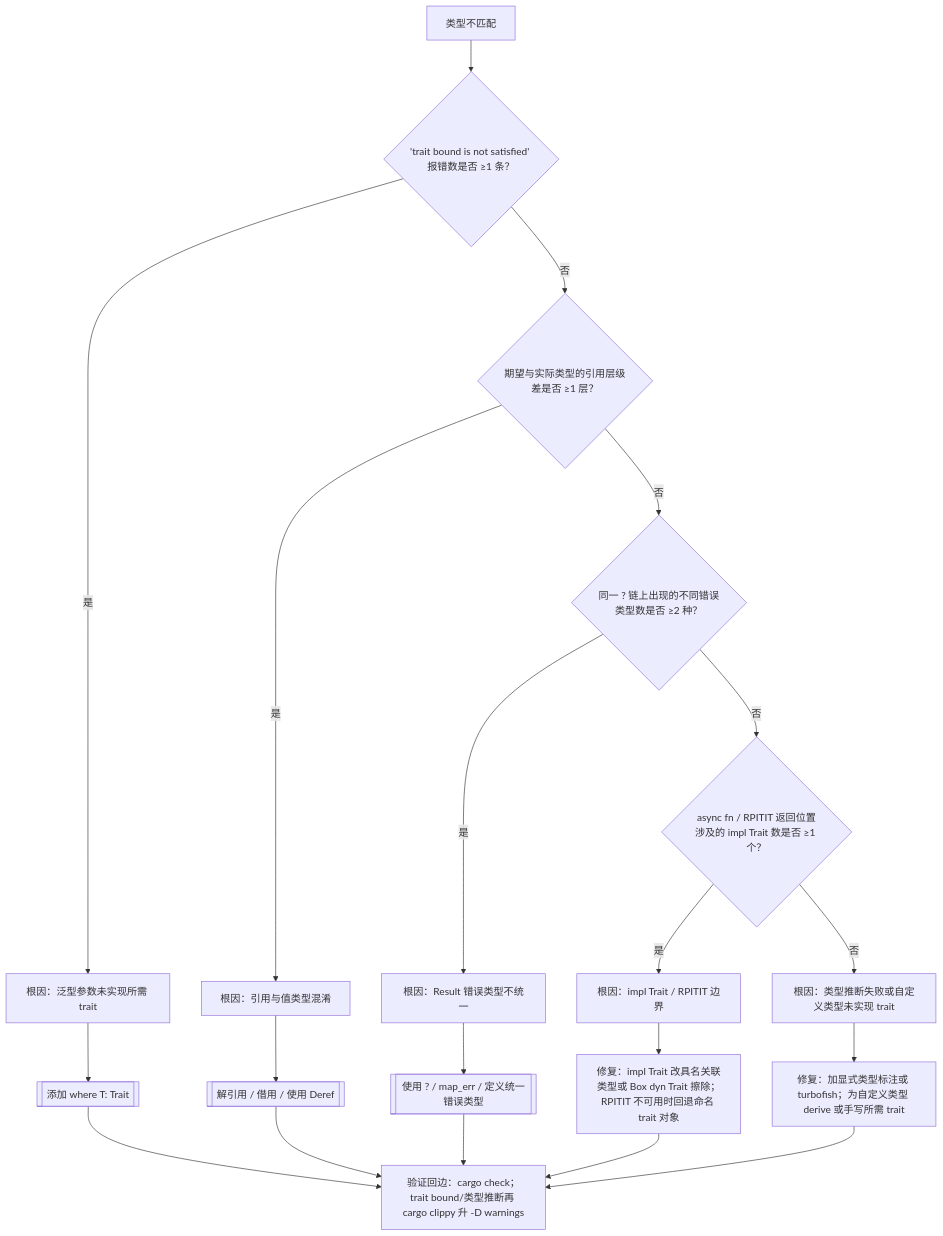
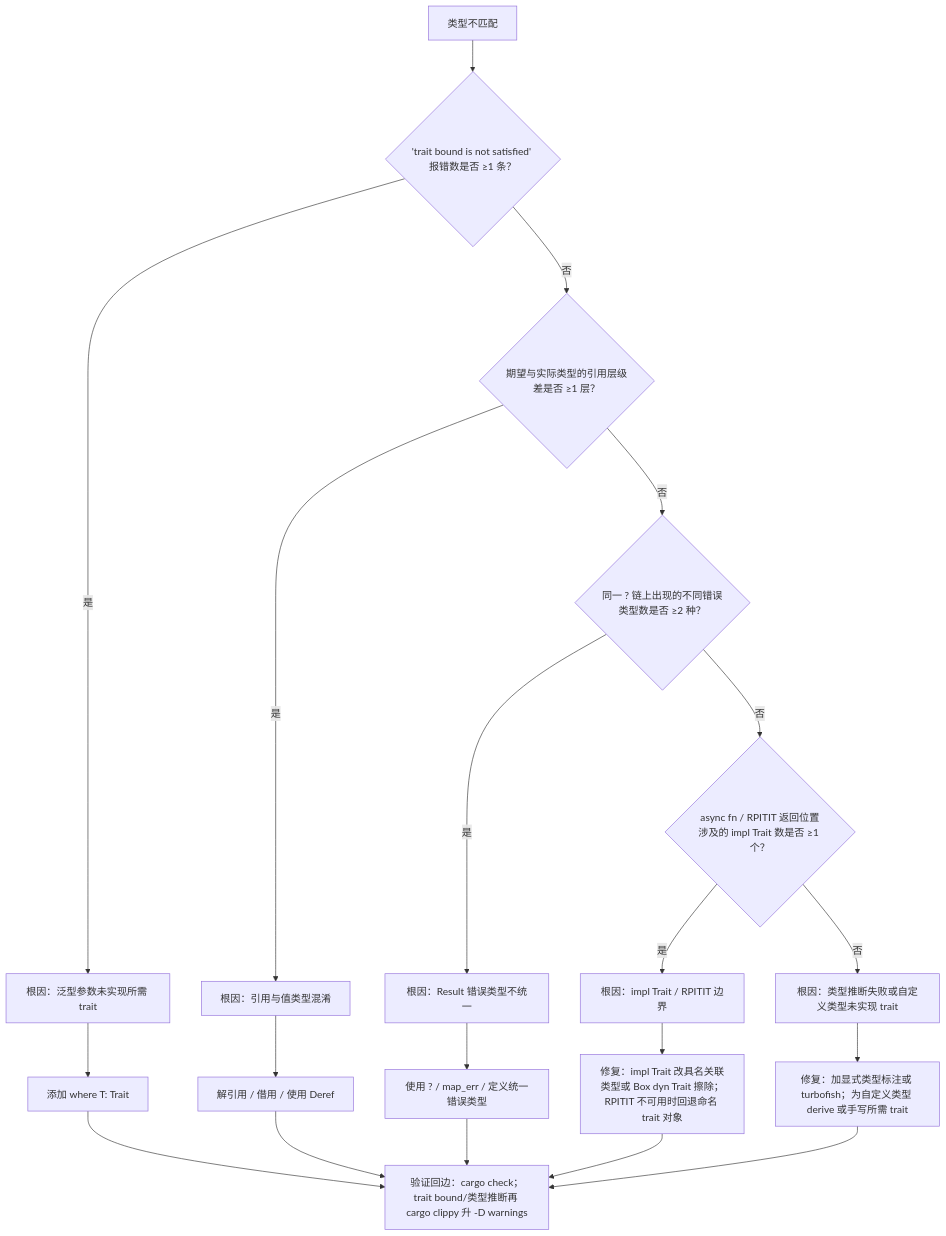
One commit to martin-ly/rust-lang changed the third of 6 diagrams in concept/00_meta/knowledge_topology/09_reasoning_judgment_tree_atlas.md. Above: the diagram before and after it, drawn with Mermaid. The commit also changed other lines of this file and 78 other files, not shown here.

````diff
--- a/concept/00_meta/knowledge_topology/09_reasoning_judgment_tree_atlas.md
+++ b/concept/00_meta/knowledge_topology/09_reasoning_judgment_tree_atlas.md
@@ -88,22 +88,22 @@
 ```mermaid
 flowchart TD
     T[类型不匹配] --> Q1{"'trait bound is not satisfied' 报错数是否 ≥1 条？"}
     Q1 -->|是| R1[根因：泛型参数未实现所需 trait]
     Q1 -->|否| Q2{"期望与实际类型的引用层级差是否 ≥1 层？"}
     Q2 -->|是| R2[根因：引用与值类型混淆]
     Q2 -->|否| Q3{"同一 ? 链上出现的不同错误类型数是否 ≥2 种？"}
     Q3 -->|是| R3[根因：Result 错误类型不统一]
     Q3 -->|否| Q4{"async fn / RPITIT 返回位置涉及的 impl Trait 数是否 ≥1 个？"}
     Q4 -->|是| R4[根因：impl Trait / RPITIT 边界]
     Q4 -->|否| R5[根因：类型推断失败或自定义类型未实现 trait]
-    R1 --> F1[[添加 where T: Trait]]
-    R2 --> F2[[解引用 / 借用 / 使用 Deref]]
-    R3 --> F3[[使用 ? / map_err / 定义统一错误类型]]
+    R1 --> F1[添加 where T: Trait]
+    R2 --> F2[解引用 / 借用 / 使用 Deref]
+    R3 --> F3[使用 ? / map_err / 定义统一错误类型]
     R4 --> F4[修复：impl Trait 改具名关联类型或 Box dyn Trait 擦除；RPITIT 不可用时回退命名 trait 对象]
     R5 --> F5[修复：加显式类型标注或 turbofish；为自定义类型 derive 或手写所需 trait]
     F1 --> V3[验证回边：cargo check；trait bound/类型推断再 cargo clippy 升 -D warnings]
     F2 --> V3
     F3 --> V3
     F4 --> V3
     F5 --> V3
 ```
````
